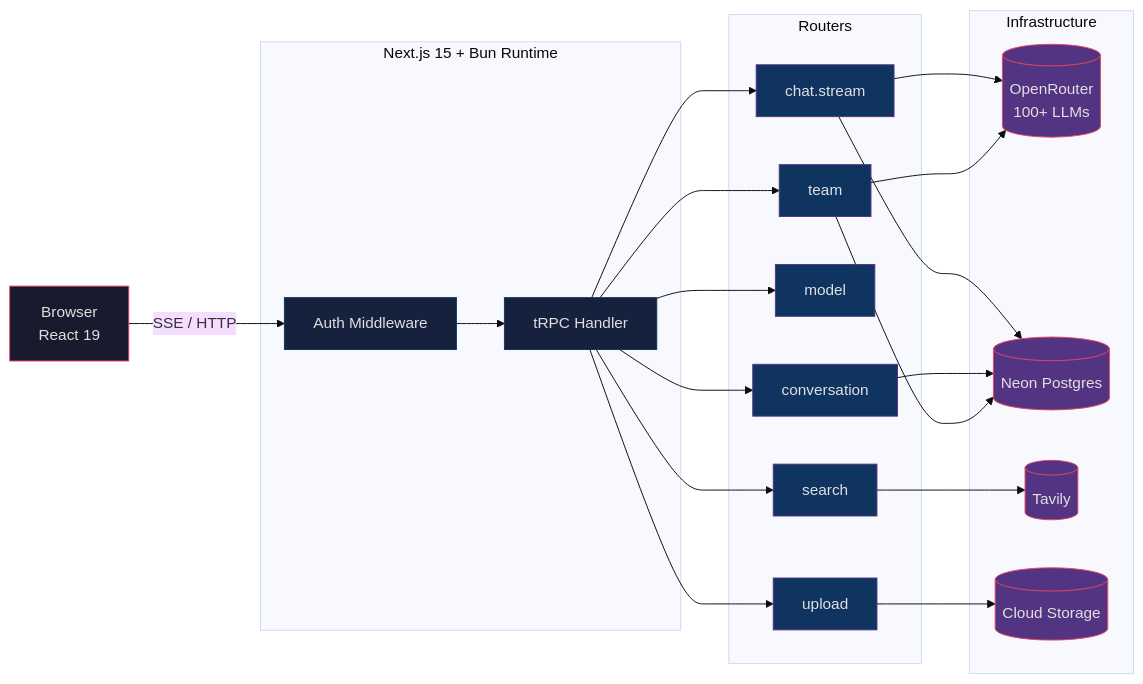
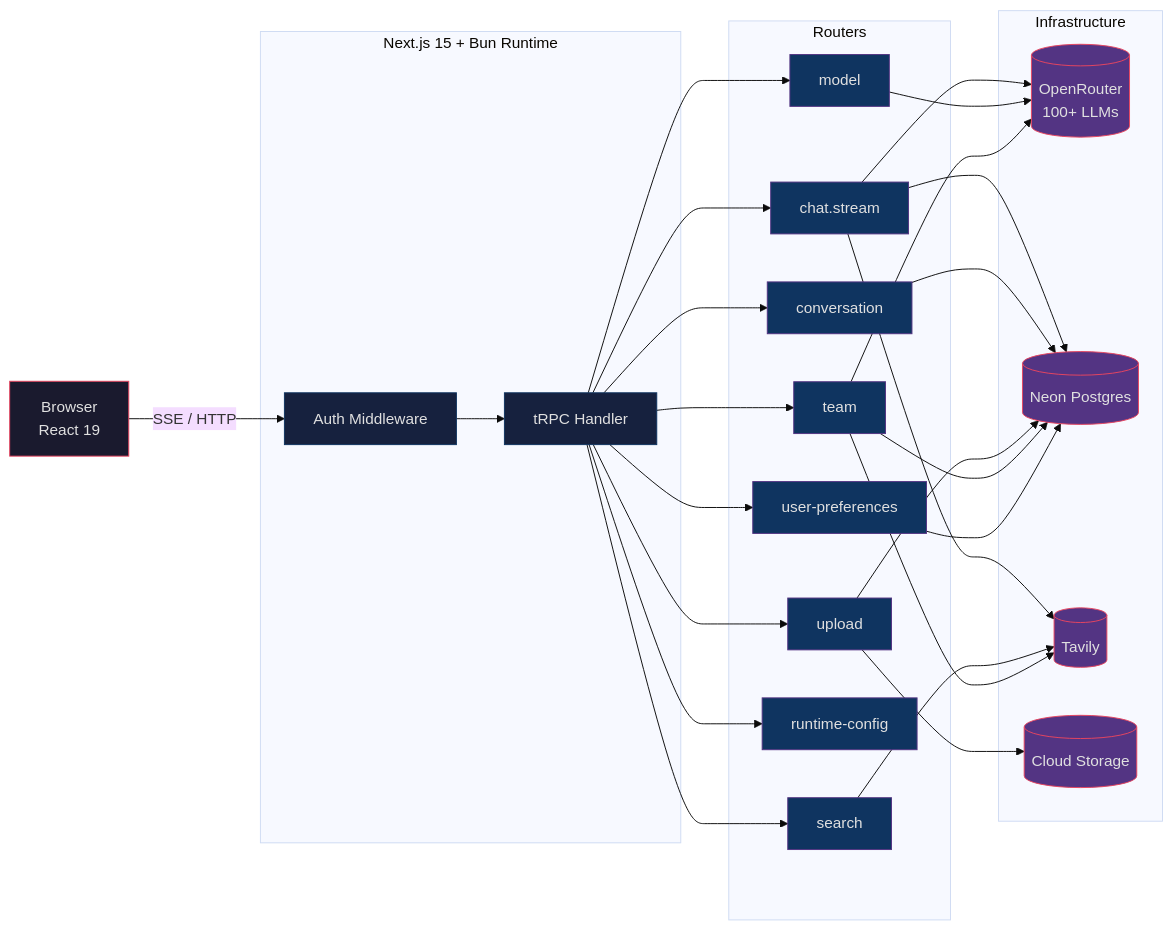
Before and after one commit to HishamBS/farasa: the diagram in README.md, drawn with Mermaid (base theme). The commit also changed other lines of this file, not shown here.

First line of the commit message:
docs: fix architecture diagram and deployment docs in README

````diff
--- a/README.md
+++ b/README.md
@@ -137,51 +142,60 @@
 ```mermaid
 graph LR
     Browser["Browser\nReact 19"]
 
     subgraph SRV ["Next.js 15 + Bun Runtime"]
         MW["Auth Middleware"]
         tRPC["tRPC Handler"]
     end
 
     subgraph API ["Routers"]
         chat["chat.stream"]
         conv["conversation"]
         model["model"]
         srch["search"]
         upl["upload"]
         team["team"]
+        rc["runtime-config"]
+        uprefs["user-preferences"]
     end
 
     subgraph INFRA ["Infrastructure"]
         OR[("OpenRouter\n100+ LLMs")]
         PG[("Neon Postgres")]
         TV[("Tavily")]
         GCS[("Cloud Storage")]
     end
 
     Browser -->|"SSE / HTTP"| MW
     MW --> tRPC
     tRPC --> chat
     tRPC --> conv
     tRPC --> model
     tRPC --> srch
     tRPC --> upl
     tRPC --> team
+    tRPC --> rc
+    tRPC --> uprefs
     chat --> OR
     chat --> PG
+    chat --> TV
     conv --> PG
+    model --> OR
     srch --> TV
     upl --> GCS
+    upl --> PG
     team --> OR
     team --> PG
+    team --> TV
+    uprefs --> PG
 
     classDef client fill:#1a1a2e,stroke:#e94560,color:#e0e0e0
     classDef server fill:#16213e,stroke:#0f3460,color:#e0e0e0
     classDef router fill:#0f3460,stroke:#533483,color:#e0e0e0
     classDef infra fill:#533483,stroke:#e94560,color:#e0e0e0
 
     class Browser client
     class MW,tRPC server
-    class chat,conv,model,srch,upl,team router
+    class chat,conv,model,srch,upl,team,rc,uprefs router
     class OR,PG,TV,GCS infra
 ```
````
